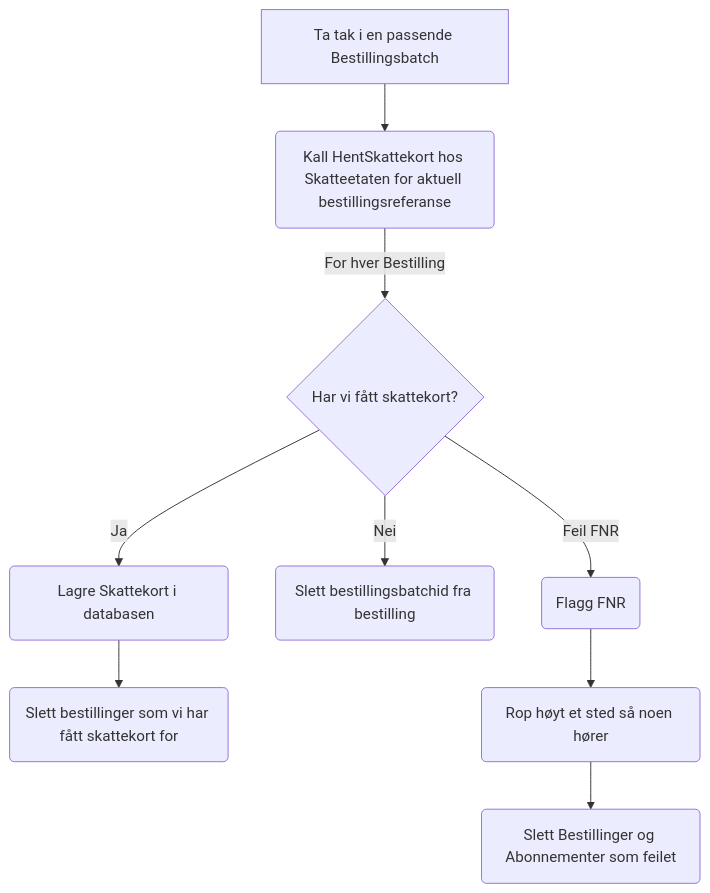
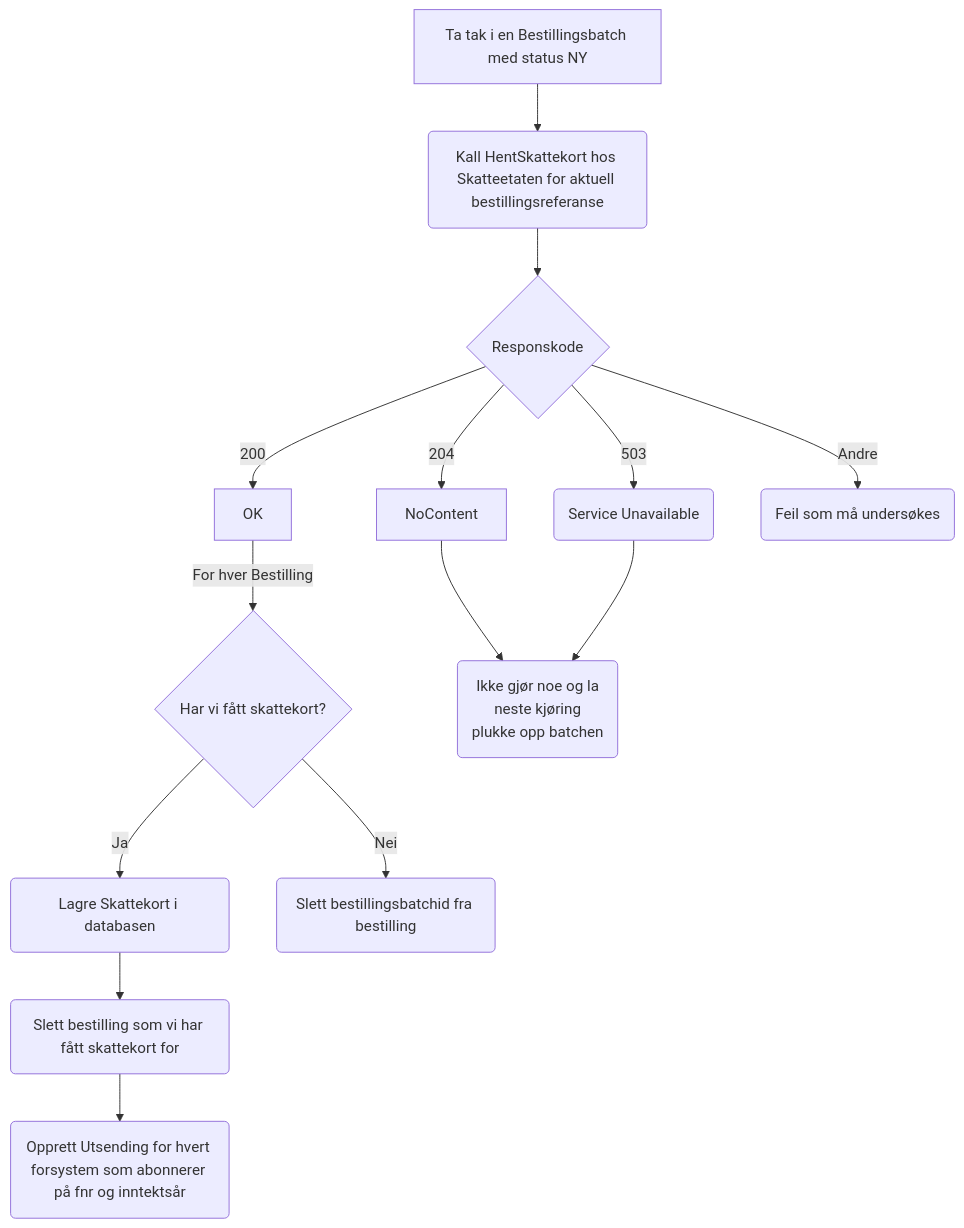
Before and after one commit to navikt/sokos-skattekort: the fifth of 8 diagrams in dokumentasjon/arkitektur/workflows.md, drawn with Mermaid. The commit also changed 5 other files, not shown here.

````diff
--- a/dokumentasjon/arkitektur/workflows.md
+++ b/dokumentasjon/arkitektur/workflows.md
@@ -80,7 +79,16 @@
 ```mermaid
 flowchart TD
-    BB[Ta tak i en passende Bestillingsbatch] --> HS(Kall HentSkattekort hos Skatteetaten for aktuell bestillingsreferanse)
-    HS -->|For hver Bestilling| SK{Har vi fått skattekort?} -->|Ja| L(Lagre Skattekort i databasen) --> SLETT(Slett bestillinger som vi har fått skattekort for)
-    SK -->|Nei| RESET(Slett bestillingsbatchid fra bestilling)
-    SK -->|Feil FNR| FLAGG(Flagg FNR) --> SKRIK(Rop høyt et sted så noen hører) --> SLETT2(Slett Bestillinger og Abonnementer som feilet)
+    BB[Ta tak i en Bestillingsbatch med status NY] --> HS(Kall HentSkattekort hos Skatteetaten for aktuell bestillingsreferanse) --> 
+    SVAR{Responskode} -->|200|OK -->|For hver Bestilling|SK{Har vi fått skattekort?} -->|Ja|L(Lagre Skattekort i databasen) -->
+SLETT(Slett bestilling som vi har fått skattekort for) -->
+OPPRETT(Opprett Utsending for hvert forsystem som abonnerer på fnr og inntektsår)
+SK -->|Nei|RESET(Slett bestillingsbatchid fra bestilling)
+
+SVAR -->|204|NoContent --> VENT(Ikke gjør noe og la
+neste kjøring
+plukke opp batchen)
+
+SVAR -->|503|503(Service Unavailable) --> VENT
+
+SVAR -->|Andre|FEIL(Feil som må undersøkes)
 ```
````
